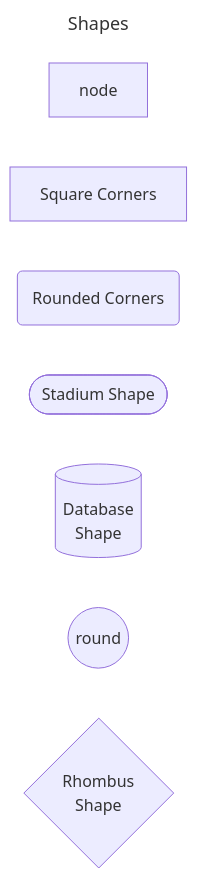
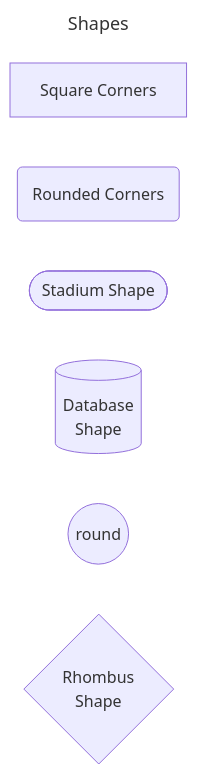
One commit to jrcs3/Mermaid-Demo changed the first of 3 diagrams in shapes.md. Above: the diagram before and after it, drawn with Mermaid. The commit also changed other lines of this file and 3 other files, not shown here.

````diff
--- a/shapes.md
+++ b/shapes.md
@@ -6,13 +20,12 @@
 ``` mermaid
 ---
 title: Shapes
 ---
 flowchart LR
-node
-square[Square Corners]
-rounded(Rounded Corners)
-stadium([Stadium Shape])
-database[(Database<br/>Shape)]
-round((round))
-rhombus{Rhombus<br/>Shape}
+    square[Square Corners]
+    rounded(Rounded Corners)
+    stadium([Stadium Shape])
+    database[(Database<br/>Shape)]
+    round((round))
+    rhombus{Rhombus<br/>Shape}
 ```
````
